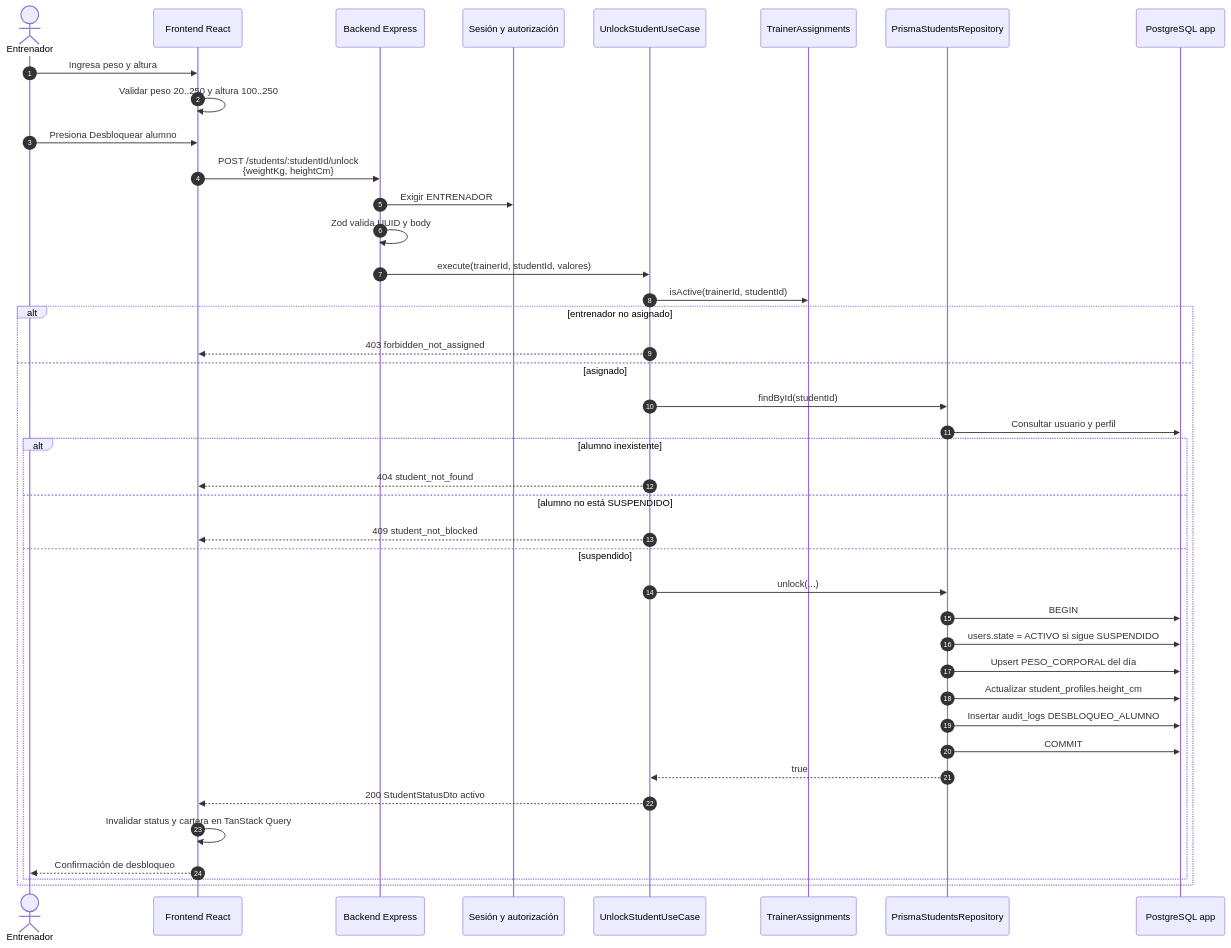
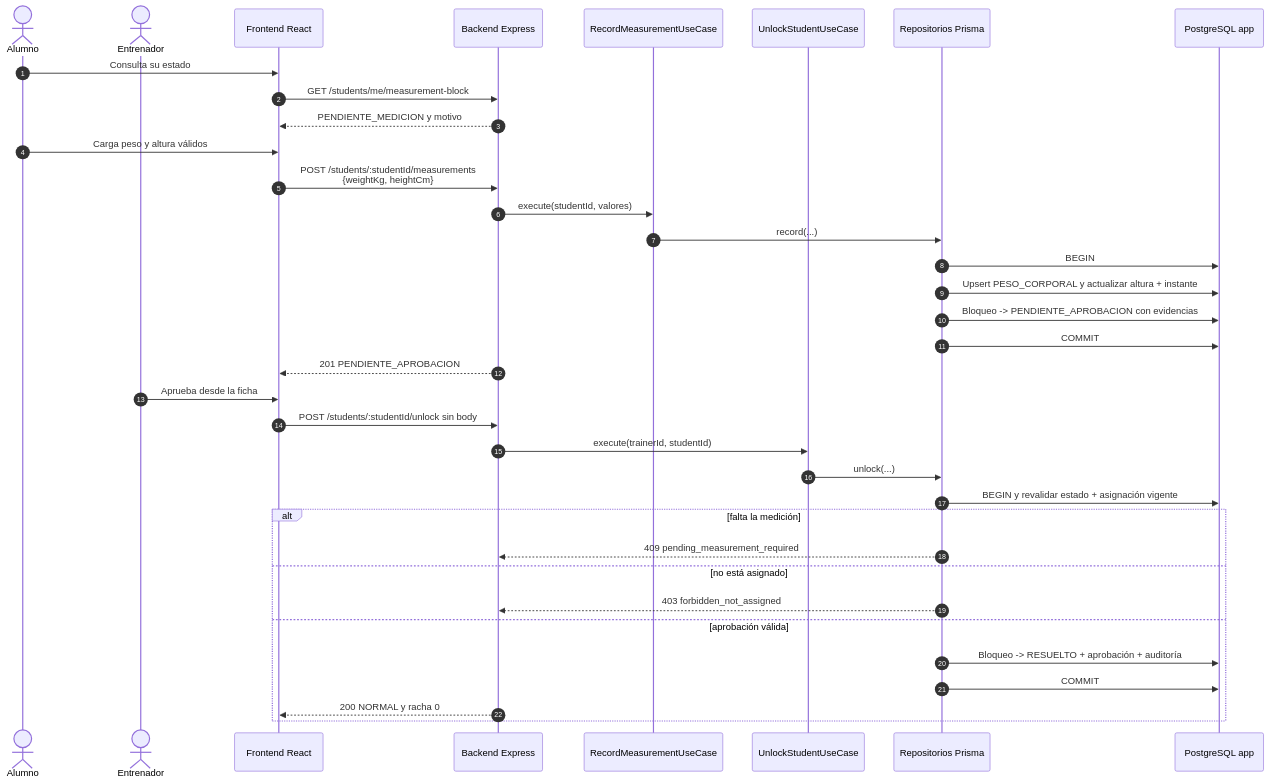
Before and after one commit to Maico-Zurbriggen/proyecto-gimnasio-documentacion: the fifth of 14 diagrams in architecture/implemented-sequence-diagrams.md, drawn with Mermaid. The commit also changed other lines of this file and 16 other files, not shown here.

````diff
--- a/architecture/implemented-sequence-diagrams.md
+++ b/architecture/implemented-sequence-diagrams.md
@@ -235,44 +236,40 @@
 ```mermaid
 sequenceDiagram
     autonumber
+    actor Alumno
     actor Entrenador
     participant FE as Frontend React
     participant API as Backend Express
-    participant Auth as Sesión y autorización
-    participant UC as UnlockStudentUseCase
-    participant Assign as TrainerAssignments
-    participant Repo as PrismaStudentsRepository
+    participant MeasureUC as RecordMeasurementUseCase
+    participant UnlockUC as UnlockStudentUseCase
+    participant Repo as Repositorios Prisma
     participant DB as PostgreSQL app
 
-    Entrenador->>FE: Ingresa peso y altura
-    FE->>FE: Validar peso 20..250 y altura 100..250
-    Entrenador->>FE: Presiona Desbloquear alumno
-    FE->>API: POST /students/:studentId/unlock<br/>{weightKg, heightCm}
-    API->>Auth: Exigir ENTRENADOR
-    API->>API: Zod valida UUID y body
-    API->>UC: execute(trainerId, studentId, valores)
-    UC->>Assign: isActive(trainerId, studentId)
-    alt entrenador no asignado
-        UC-->>FE: 403 forbidden_not_assigned
-    else asignado
-        UC->>Repo: findById(studentId)
-        Repo->>DB: Consultar usuario y perfil
-        alt alumno inexistente
-            UC-->>FE: 404 student_not_found
-        else alumno no está SUSPENDIDO
-            UC-->>FE: 409 student_not_blocked
-        else suspendido
-            UC->>Repo: unlock(...)
-            Repo->>DB: BEGIN
-            Repo->>DB: users.state = ACTIVO si sigue SUSPENDIDO
-            Repo->>DB: Upsert PESO_CORPORAL del día
-            Repo->>DB: Actualizar student_profiles.height_cm
-            Repo->>DB: Insertar audit_logs DESBLOQUEO_ALUMNO
-            Repo->>DB: COMMIT
-            Repo-->>UC: true
-            UC-->>FE: 200 StudentStatusDto activo
-            FE->>FE: Invalidar status y cartera en TanStack Query
-            FE-->>Entrenador: Confirmación de desbloqueo
-        end
+    Alumno->>FE: Consulta su estado
+    FE->>API: GET /students/me/measurement-block
+    API-->>FE: PENDIENTE_MEDICION y motivo
+    Alumno->>FE: Carga peso y altura válidos
+    FE->>API: POST /students/:studentId/measurements<br/>{weightKg, heightCm}
+    API->>MeasureUC: execute(studentId, valores)
+    MeasureUC->>Repo: record(...)
+    Repo->>DB: BEGIN
+    Repo->>DB: Upsert PESO_CORPORAL y actualizar altura + instante
+    Repo->>DB: Bloqueo -> PENDIENTE_APROBACION con evidencias
+    Repo->>DB: COMMIT
+    API-->>FE: 201 PENDIENTE_APROBACION
+
+    Entrenador->>FE: Aprueba desde la ficha
+    FE->>API: POST /students/:studentId/unlock sin body
+    API->>UnlockUC: execute(trainerId, studentId)
+    UnlockUC->>Repo: unlock(...)
+    Repo->>DB: BEGIN y revalidar estado + asignación vigente
+    alt falta la medición
+        Repo-->>API: 409 pending_measurement_required
+    else no está asignado
+        Repo-->>API: 403 forbidden_not_assigned
+    else aprobación válida
+        Repo->>DB: Bloqueo -> RESUELTO + aprobación + auditoría
+        Repo->>DB: COMMIT
+        API-->>FE: 200 NORMAL y racha 0
     end
 ```
````
